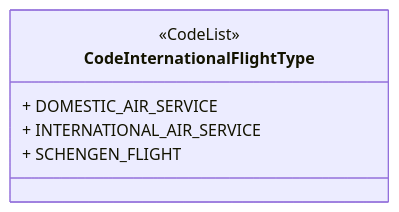
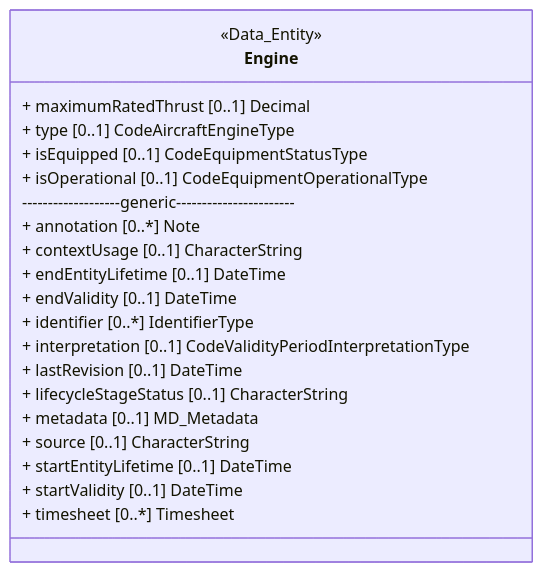
Before and after one commit to hlepori/testAIRM: diagram 15 of 46 in README.md, drawn with Mermaid. The commit also changed other lines of this file, not shown here.

````diff
--- a/README.md
+++ b/README.md
@@ -454,9 +415,24 @@
 ```mermaid	
 classDiagram	
-class CodeInternationalFlightType	
-<<CodeList>> CodeInternationalFlightType	
-link CodeInternationalFlightType "https://airm.aero/developers/advanced-search/1.0.0/CodeInternationalFlightType?model=LogicalModel" "Go to definition"	
-CodeInternationalFlightType : + DOMESTIC_AIR_SERVICE	
-CodeInternationalFlightType : + INTERNATIONAL_AIR_SERVICE	
-CodeInternationalFlightType : + SCHENGEN_FLIGHT	
+class Engine	
+<<Data_Entity>> Engine	
+link Engine "https://airm.aero/developers/advanced-search/1.0.0/Engine?model=LogicalModel" "Go to definition"	
+Engine : + maximumRatedThrust [0..1] Decimal	
+Engine : + type [0..1] CodeAircraftEngineType	
+Engine : + isEquipped [0..1] CodeEquipmentStatusType	
+Engine : + isOperational [0..1] CodeEquipmentOperationalType	
+Engine: -------------------generic-----------------------	
+Engine : + annotation [0..*] Note	
+Engine : + contextUsage [0..1] CharacterString	
+Engine : + endEntityLifetime [0..1] DateTime	
+Engine : + endValidity [0..1] DateTime	
+Engine : + identifier [0..*] IdentifierType	
+Engine : + interpretation [0..1] CodeValidityPeriodInterpretationType	
+Engine : + lastRevision [0..1] DateTime	
+Engine : + lifecycleStageStatus [0..1] CharacterString	
+Engine : + metadata [0..1] MD_Metadata	
+Engine : + source [0..1] CharacterString	
+Engine : + startEntityLifetime [0..1] DateTime	
+Engine : + startValidity [0..1] DateTime	
+Engine : + timesheet [0..*] Timesheet	
 ```	
````
